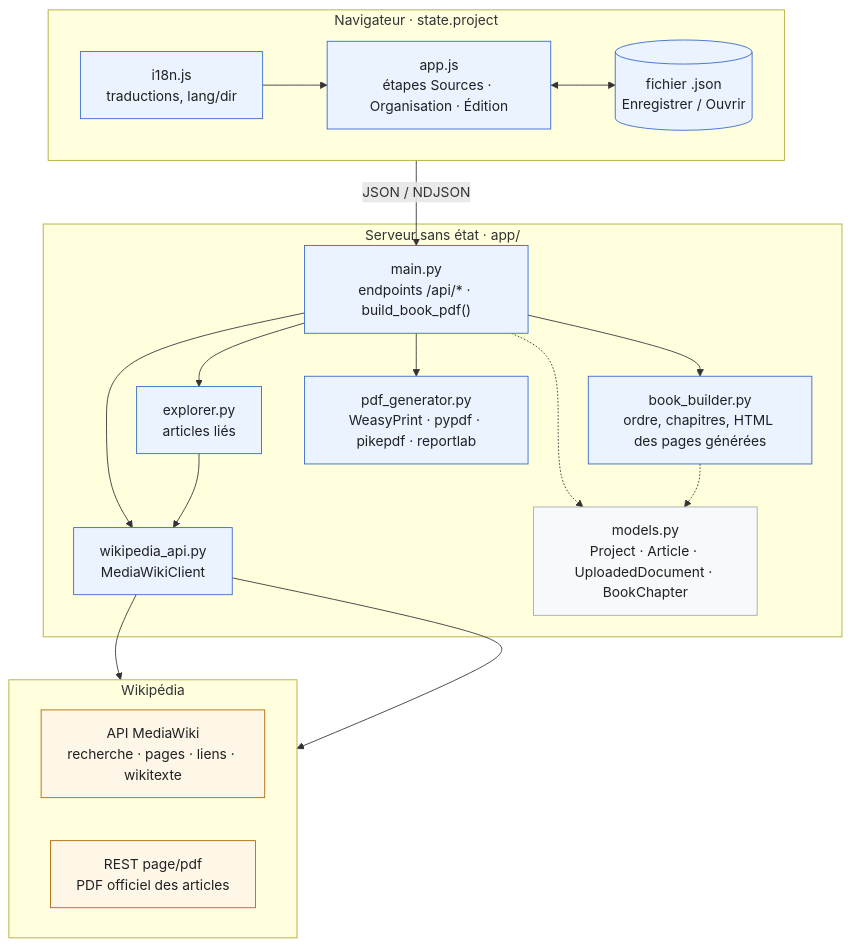
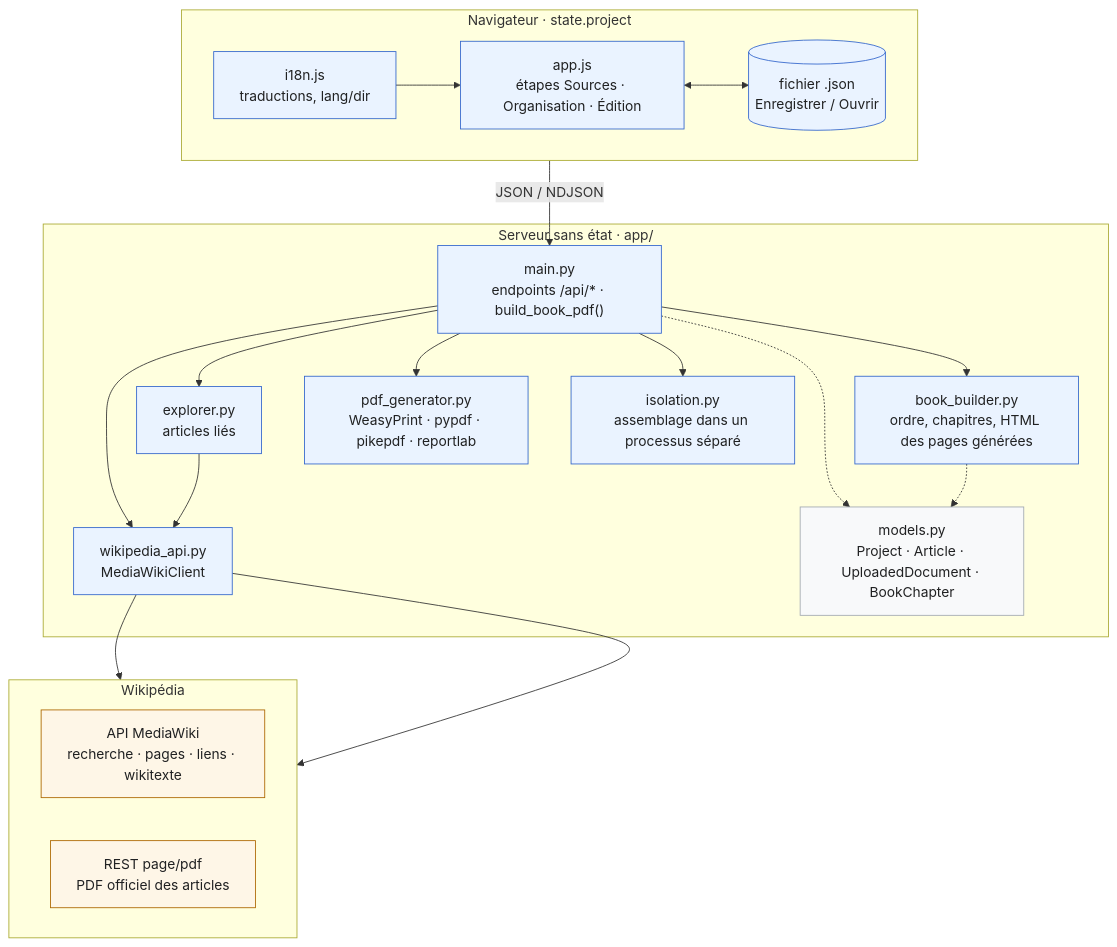
Before and after one commit to gmoulard/wikipedia2book: the first of 2 diagrams in docs/SPECIFICATIONS.fr.md, drawn with Mermaid. The commit also changed other lines of this file and 10 other files, not shown here.

First line of the commit message:
1.8.3 : assemblage du livre dans un processus séparé

````diff
--- a/docs/SPECIFICATIONS.fr.md
+++ b/docs/SPECIFICATIONS.fr.md
@@ -905,44 +907,46 @@
 ```mermaid
 flowchart TB
     subgraph Browser["Navigateur · state.project"]
         direction LR
         I18N["i18n.js<br/>traductions, lang/dir"]
         APP["app.js<br/>étapes Sources · Organisation · Édition"]
         FILE[("fichier .json<br/>Enregistrer / Ouvrir")]
         I18N --> APP
         APP <--> FILE
     end
 
     subgraph Server["Serveur sans état · app/"]
         MAIN["main.py<br/>endpoints /api/* · build_book_pdf()"]
         EXPL["explorer.py<br/>articles liés"]
         BB["book_builder.py<br/>ordre, chapitres, HTML des pages générées"]
         PDFG["pdf_generator.py<br/>WeasyPrint · pypdf · pikepdf · reportlab"]
         WAPI["wikipedia_api.py<br/>MediaWikiClient"]
         MODELS["models.py<br/>Project · Article · UploadedDocument · BookChapter"]
         MAIN --> EXPL
         MAIN --> BB
+        ISO["isolation.py<br/>assemblage dans un processus séparé"]
+        MAIN --> ISO
         MAIN --> PDFG
         MAIN --> WAPI
         EXPL --> WAPI
     end
 
     subgraph Wikipedia["Wikipédia"]
         direction LR
         MW["API MediaWiki<br/>recherche · pages · liens · wikitexte"]
         REST["REST page/pdf<br/>PDF officiel des articles"]
     end
 
     APP -- "JSON / NDJSON" --> MAIN
     WAPI --> MW
     WAPI --> REST
     MAIN -.-> MODELS
     BB -.-> MODELS
 
     classDef app fill:#eaf3ff,stroke:#3366cc,color:#202122
     classDef wiki fill:#fef6e7,stroke:#ac6600,color:#202122
     classDef shared fill:#f8f9fa,stroke:#a2a9b1,color:#202122
-    class I18N,APP,FILE,MAIN,EXPL,BB,PDFG,WAPI app
+    class I18N,APP,FILE,MAIN,EXPL,BB,PDFG,WAPI,ISO app
     class MW,REST wiki
     class MODELS shared
 ```
````
